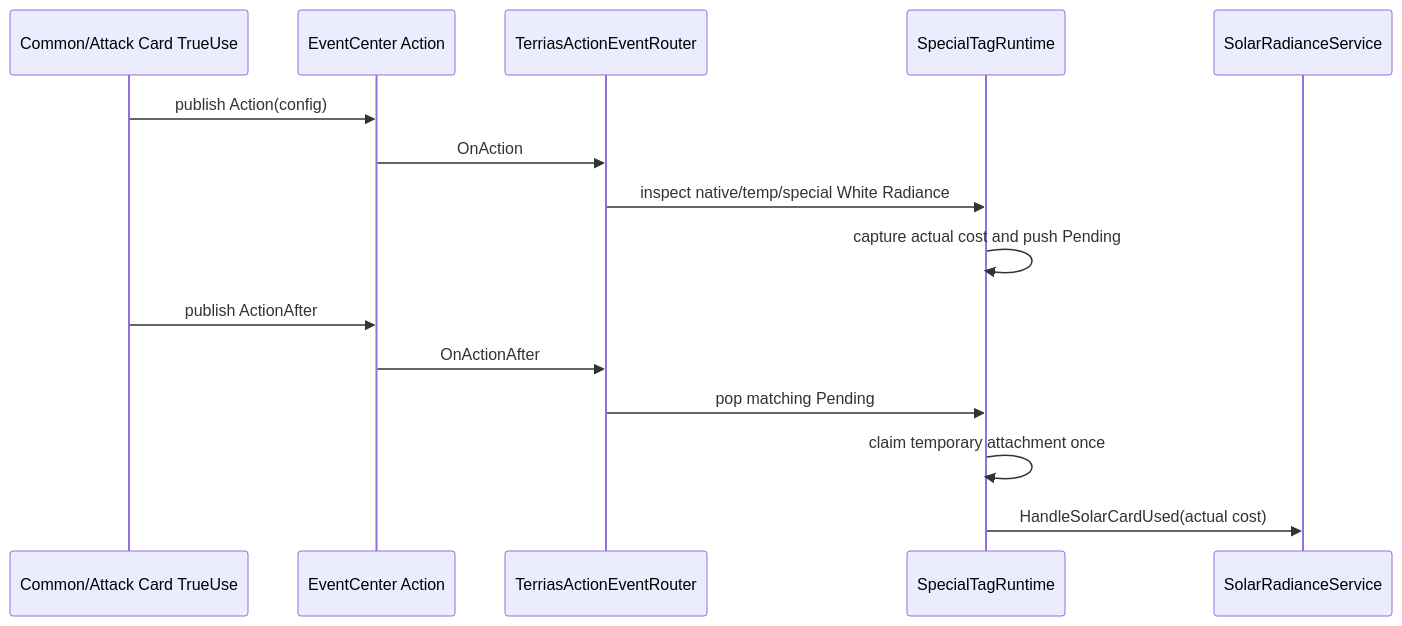
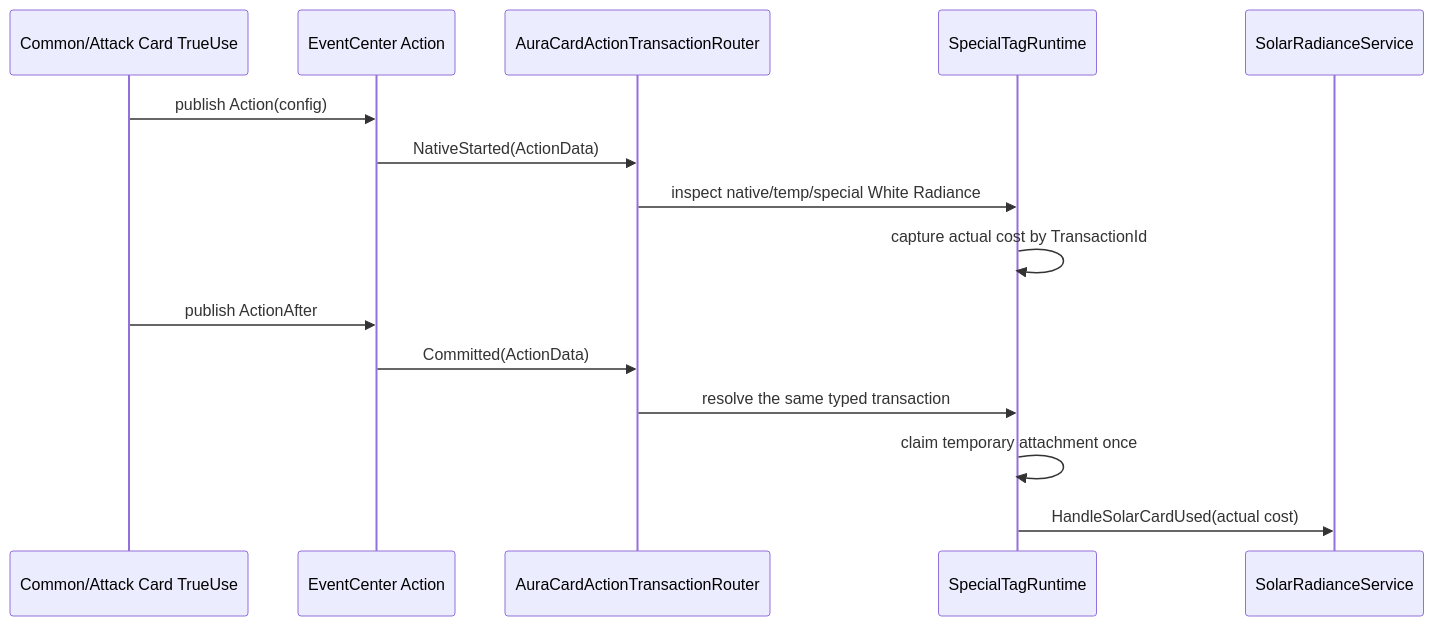
One commit to AuraKaliya/apocalyptic-journey-mod-SunExp changed the third of 3 diagrams in docs/Terrias/modules/02-战斗事件场地与特殊标签.md. Above: the diagram before and after it, drawn with Mermaid. The commit also changed other lines of this file and 93 other files, not shown here.

````diff
--- a/docs/Terrias/modules/02-战斗事件场地与特殊标签.md
+++ b/docs/Terrias/modules/02-战斗事件场地与特殊标签.md
@@ -165,18 +165,18 @@
 ```mermaid
 sequenceDiagram
     participant Card as Common/Attack Card TrueUse
     participant Host as EventCenter Action
-    participant Router as TerriasActionEventRouter
+    participant Router as AuraCardActionTransactionRouter
     participant Tag as SpecialTagRuntime
     participant Solar as SolarRadianceService
 
     Card->>Host: publish Action(config)
-    Host->>Router: OnAction
+    Host->>Router: NativeStarted(ActionData)
     Router->>Tag: inspect native/temp/special White Radiance
-    Tag->>Tag: capture actual cost and push Pending
+    Tag->>Tag: capture actual cost by TransactionId
     Card->>Host: publish ActionAfter
-    Host->>Router: OnActionAfter
-    Router->>Tag: pop matching Pending
+    Host->>Router: Committed(ActionData)
+    Router->>Tag: resolve the same typed transaction
     Tag->>Tag: claim temporary attachment once
     Tag->>Solar: HandleSolarCardUsed(actual cost)
 ```
````
